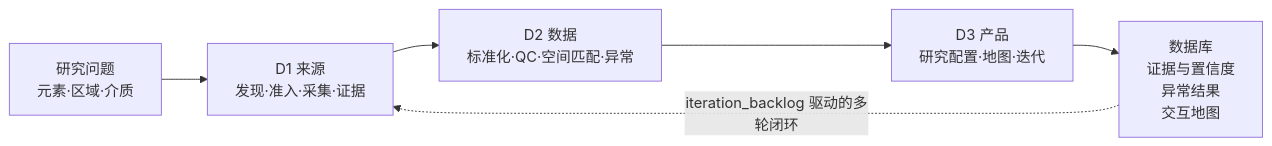
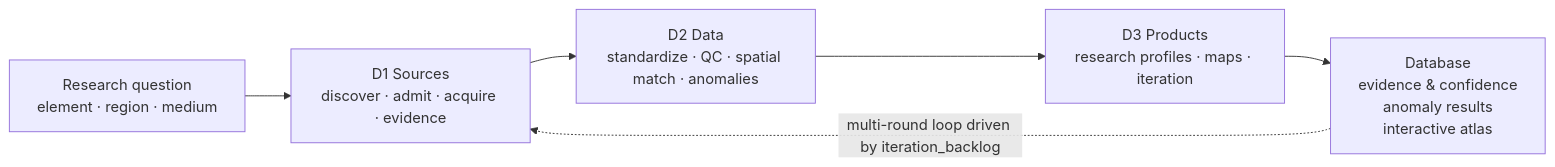
The diagram in README.md (asimfish/global-geochemical-atlas-skill), drawn with Mermaid before and after one commit. The commit also changed other lines of this file and 8 other files, not shown here.

````diff
--- a/README.md
+++ b/README.md
@@ -178,8 +228,8 @@
 ```mermaid
 flowchart LR
-    Q[研究问题<br/>元素·区域·介质] --> D1[D1 来源<br/>发现·准入·采集·证据]
-    D1 --> D2[D2 数据<br/>标准化·QC·空间匹配·异常]
-    D2 --> D3[D3 产品<br/>研究配置·地图·迭代]
-    D3 --> O[数据库<br/>证据与置信度<br/>异常结果<br/>交互地图]
-    O -. iteration_backlog 驱动的多轮闭环 .-> D1
+    Q[Research question<br/>element · region · medium] --> D1[D1 Sources<br/>discover · admit · acquire · evidence]
+    D1 --> D2[D2 Data<br/>standardize · QC · spatial match · anomalies]
+    D2 --> D3[D3 Products<br/>research profiles · maps · iteration]
+    D3 --> O[Database<br/>evidence & confidence<br/>anomaly results<br/>interactive atlas]
+    O -. multi-round loop driven by iteration_backlog .-> D1
 ```
````
